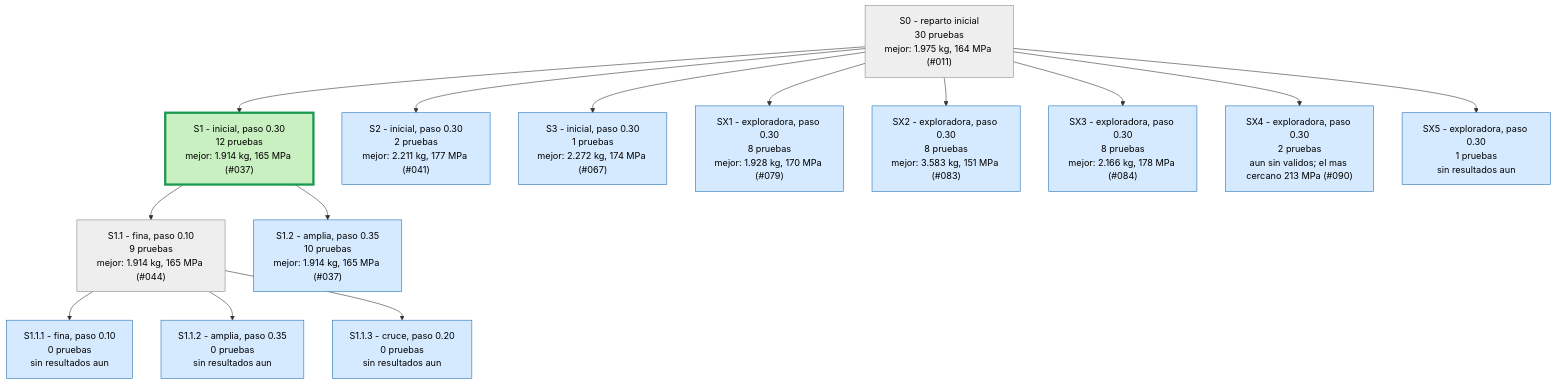
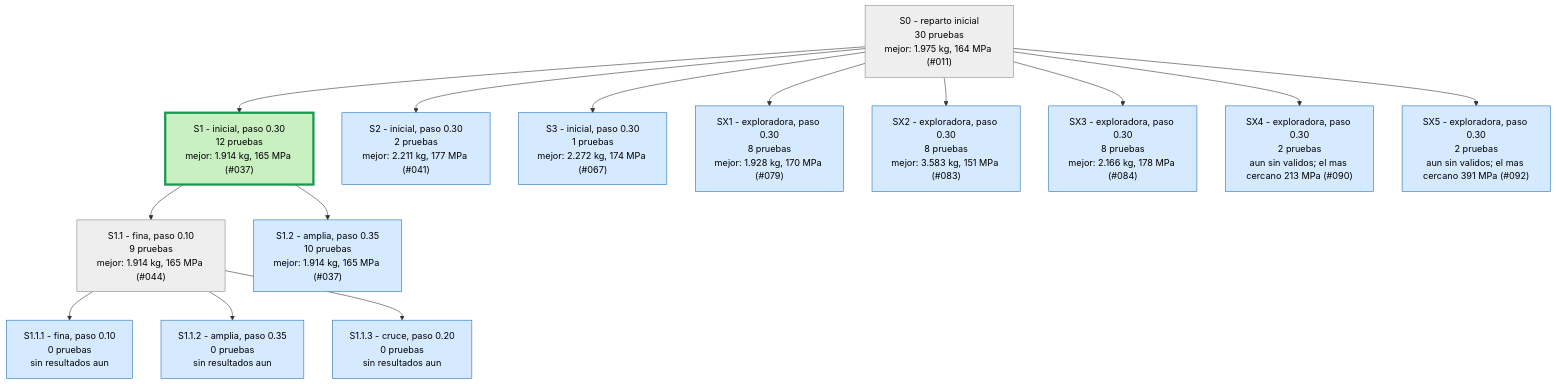
Before and after one commit to Hugiko/msd-soporte-optimizacion: the first of 4 diagrams in runs/opt_37800N/ARBOL.md, drawn with Mermaid. The commit also changed 21 other files, not shown here.

````diff
--- a/runs/opt_37800N/ARBOL.md
+++ b/runs/opt_37800N/ARBOL.md
@@ -9,33 +9,33 @@
 ```mermaid
 graph TD
 classDef activa fill:#d6eaff,stroke:#1f6fb5,color:#000
 classDef fin fill:#eeeeee,stroke:#888,color:#000
 classDef mejor fill:#c8f0c0,stroke:#1a9850,stroke-width:4px,color:#000
 S0["S0 - reparto inicial<br/>30 pruebas<br/>mejor: 1.975 kg, 164 MPa (#011)"]:::fin
 S1["S1 - inicial, paso 0.30<br/>12 pruebas<br/>mejor: 1.914 kg, 165 MPa (#037)"]:::mejor
 S0 --> S1
 S2["S2 - inicial, paso 0.30<br/>2 pruebas<br/>mejor: 2.211 kg, 177 MPa (#041)"]:::activa
 S0 --> S2
 S3["S3 - inicial, paso 0.30<br/>1 pruebas<br/>mejor: 2.272 kg, 174 MPa (#067)"]:::activa
 S0 --> S3
 S1_1["S1.1 - fina, paso 0.10<br/>9 pruebas<br/>mejor: 1.914 kg, 165 MPa (#044)"]:::fin
 S1 --> S1_1
 S1_2["S1.2 - amplia, paso 0.35<br/>10 pruebas<br/>mejor: 1.914 kg, 165 MPa (#037)"]:::activa
 S1 --> S1_2
 S1_1_1["S1.1.1 - fina, paso 0.10<br/>0 pruebas<br/>sin resultados aun"]:::activa
 S1_1 --> S1_1_1
 S1_1_2["S1.1.2 - amplia, paso 0.35<br/>0 pruebas<br/>sin resultados aun"]:::activa
 S1_1 --> S1_1_2
 S1_1_3["S1.1.3 - cruce, paso 0.20<br/>0 pruebas<br/>sin resultados aun"]:::activa
 S1_1 --> S1_1_3
 SX1["SX1 - exploradora, paso 0.30<br/>8 pruebas<br/>mejor: 1.928 kg, 170 MPa (#079)"]:::activa
 S0 --> SX1
 SX2["SX2 - exploradora, paso 0.30<br/>8 pruebas<br/>mejor: 3.583 kg, 151 MPa (#083)"]:::activa
 S0 --> SX2
 SX3["SX3 - exploradora, paso 0.30<br/>8 pruebas<br/>mejor: 2.166 kg, 178 MPa (#084)"]:::activa
 S0 --> SX3
 SX4["SX4 - exploradora, paso 0.30<br/>2 pruebas<br/>aun sin validos; el mas cercano 213 MPa (#090)"]:::activa
 S0 --> SX4
-SX5["SX5 - exploradora, paso 0.30<br/>1 pruebas<br/>sin resultados aun"]:::activa
+SX5["SX5 - exploradora, paso 0.30<br/>2 pruebas<br/>aun sin validos; el mas cercano 391 MPa (#092)"]:::activa
 S0 --> SX5
 ```
````
